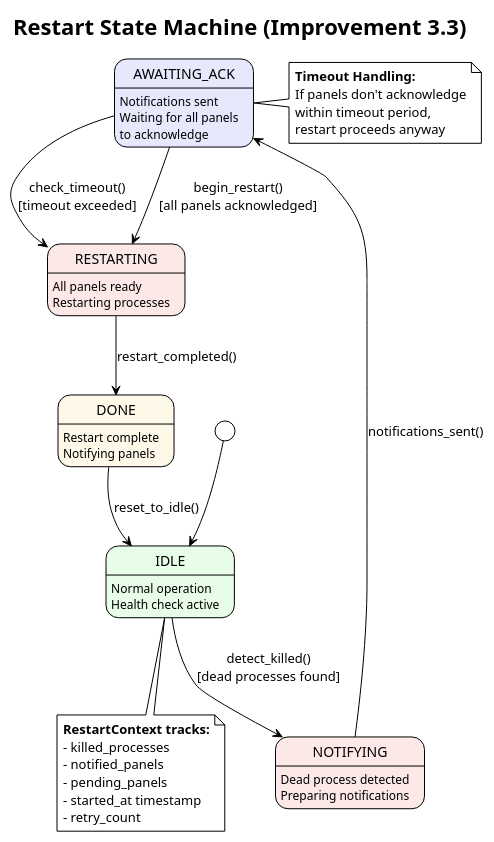
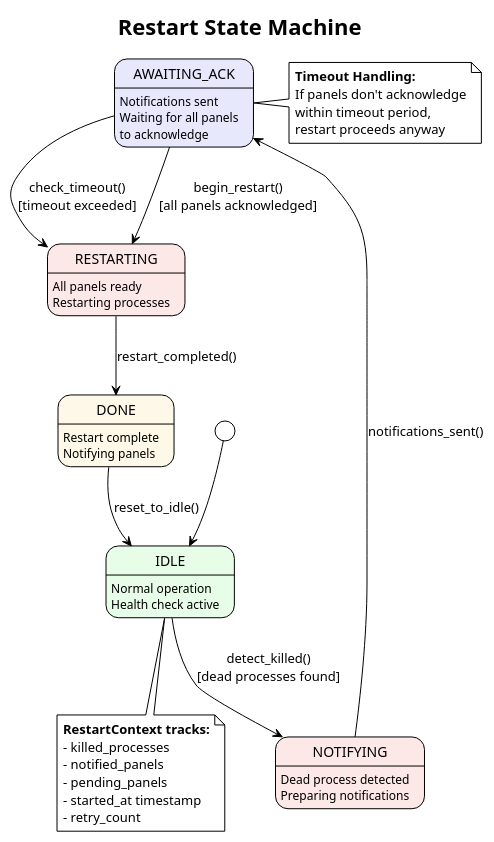
Before and after one commit to test-fullautomation/python-process-hub: the diagram in docs/diagrams/state_restart.puml, drawn with PlantUML. The commit also changed 61 other files, not shown here.

```diff
--- a/docs/diagrams/state_restart.puml
+++ b/docs/diagrams/state_restart.puml
@@ -1,59 +1,59 @@
 @startuml state_restart
 !theme plain
-title Restart State Machine (Improvement 3.3)
+title Restart State Machine
 
 skinparam state {
     BackgroundColor<<idle>> #E8FDE8
     BackgroundColor<<active>> #FDE8E8
     BackgroundColor<<waiting>> #E8E8FD
     BackgroundColor<<done>> #FDF8E8
 }
 
 [*] --> IDLE
 
 state IDLE <<idle>>
 state NOTIFYING <<active>>
 state AWAITING_ACK <<waiting>>
 state RESTARTING <<active>>
 state DONE <<done>>
 
 IDLE --> NOTIFYING : detect_killed()\n[dead processes found]
 NOTIFYING --> AWAITING_ACK : notifications_sent()
 AWAITING_ACK --> RESTARTING : begin_restart()\n[all panels acknowledged]
 AWAITING_ACK --> RESTARTING : check_timeout()\n[timeout exceeded]
 RESTARTING --> DONE : restart_completed()
 DONE --> IDLE : reset_to_idle()
 
 IDLE : Normal operation
 IDLE : Health check active
 
 NOTIFYING : Dead process detected
 NOTIFYING : Preparing notifications
 
 AWAITING_ACK : Notifications sent
 AWAITING_ACK : Waiting for all panels
 AWAITING_ACK : to acknowledge
 
 RESTARTING : All panels ready
 RESTARTING : Restarting processes
 
 DONE : Restart complete
 DONE : Notifying panels
 
 note right of AWAITING_ACK
   **Timeout Handling:**
   If panels don't acknowledge
   within timeout period,
   restart proceeds anyway
 end note
 
 note bottom of IDLE
   **RestartContext tracks:**
   - killed_processes
   - notified_panels
   - pending_panels
   - started_at timestamp
   - retry_count
 end note
 
 @enduml
```
